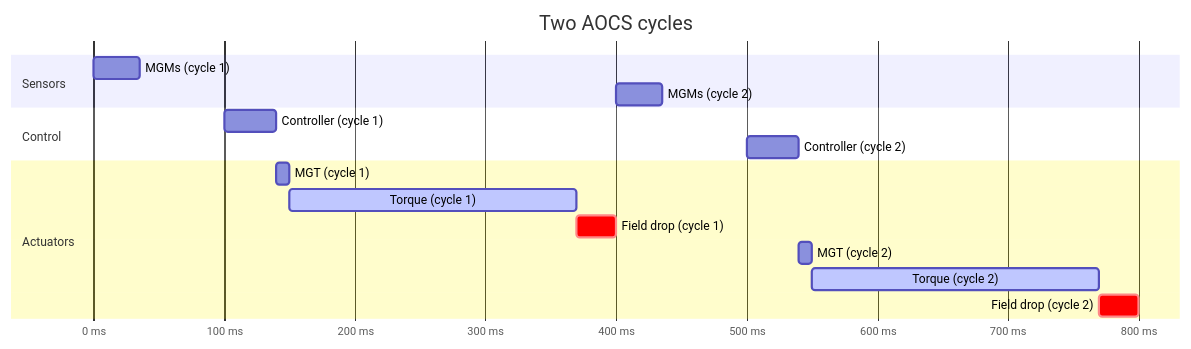
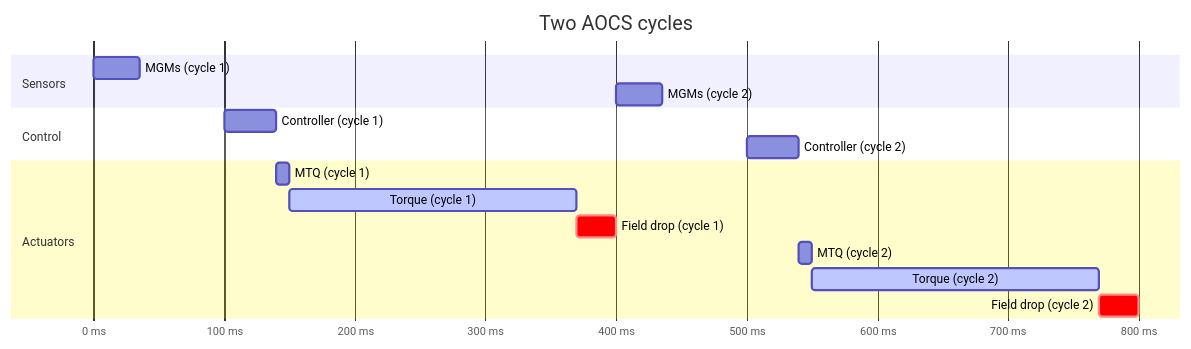
Before and after one commit to ustgt-irs/sat-rs: the second of 3 diagrams in satrs-book/src/aocs-scheduling.md, drawn with Mermaid. The commit also changed other lines of this file and 9 other files, not shown here.

````diff
--- a/satrs-book/src/aocs-scheduling.md
+++ b/satrs-book/src/aocs-scheduling.md
@@ -52,24 +54,24 @@
 ```mermaid
 gantt
     title Two AOCS cycles
     dateFormat x
     axisFormat %-L ms
     tickInterval 100millisecond
     todayMarker off
 
     section Sensors
     MGMs (cycle 1)       : 0, 35
     MGMs (cycle 2)       : 400, 435
 
     section Control
     Controller (cycle 1) : 100, 140
     Controller (cycle 2) : 500, 540
 
     section Actuators
-    MGT (cycle 1)        : 140, 150
+    MTQ (cycle 1)        : 140, 150
     Torque (cycle 1)     : active, 150, 370
     Field drop (cycle 1) : crit, 370, 400
-    MGT (cycle 2)        : 540, 550
+    MTQ (cycle 2)        : 540, 550
     Torque (cycle 2)     : active, 550, 770
     Field drop (cycle 2) : crit, 770, 800
 ```
````
